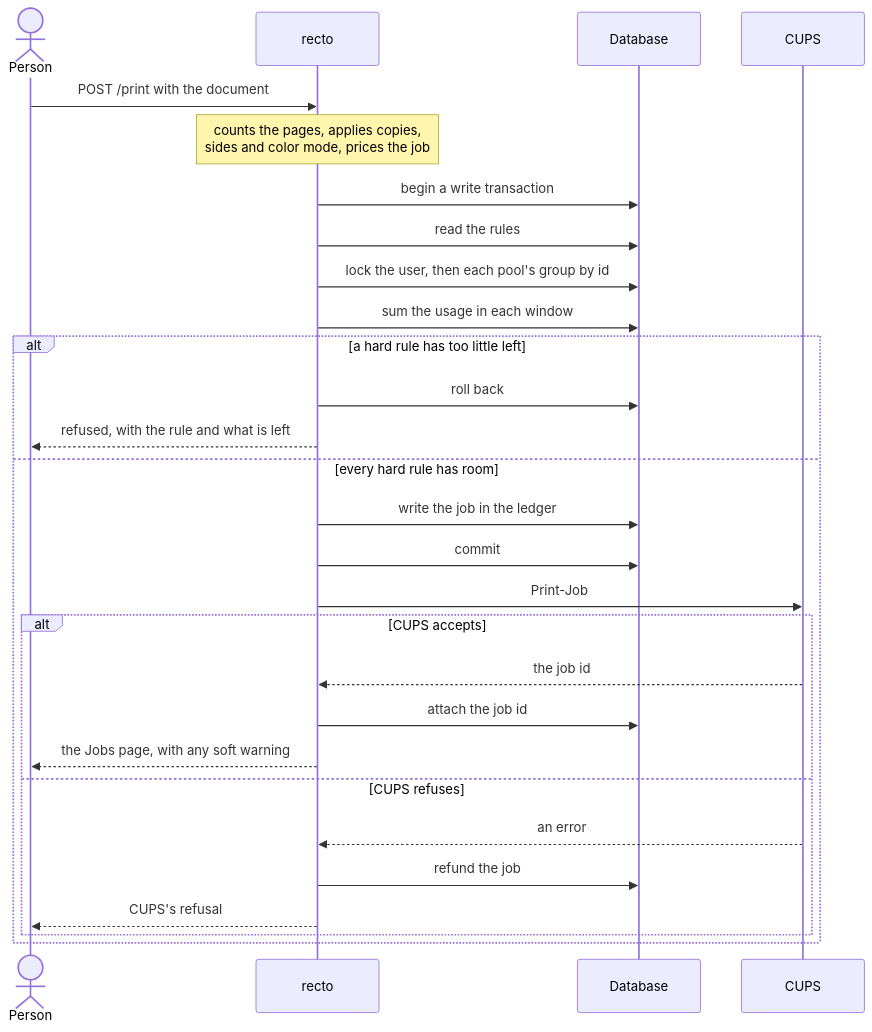
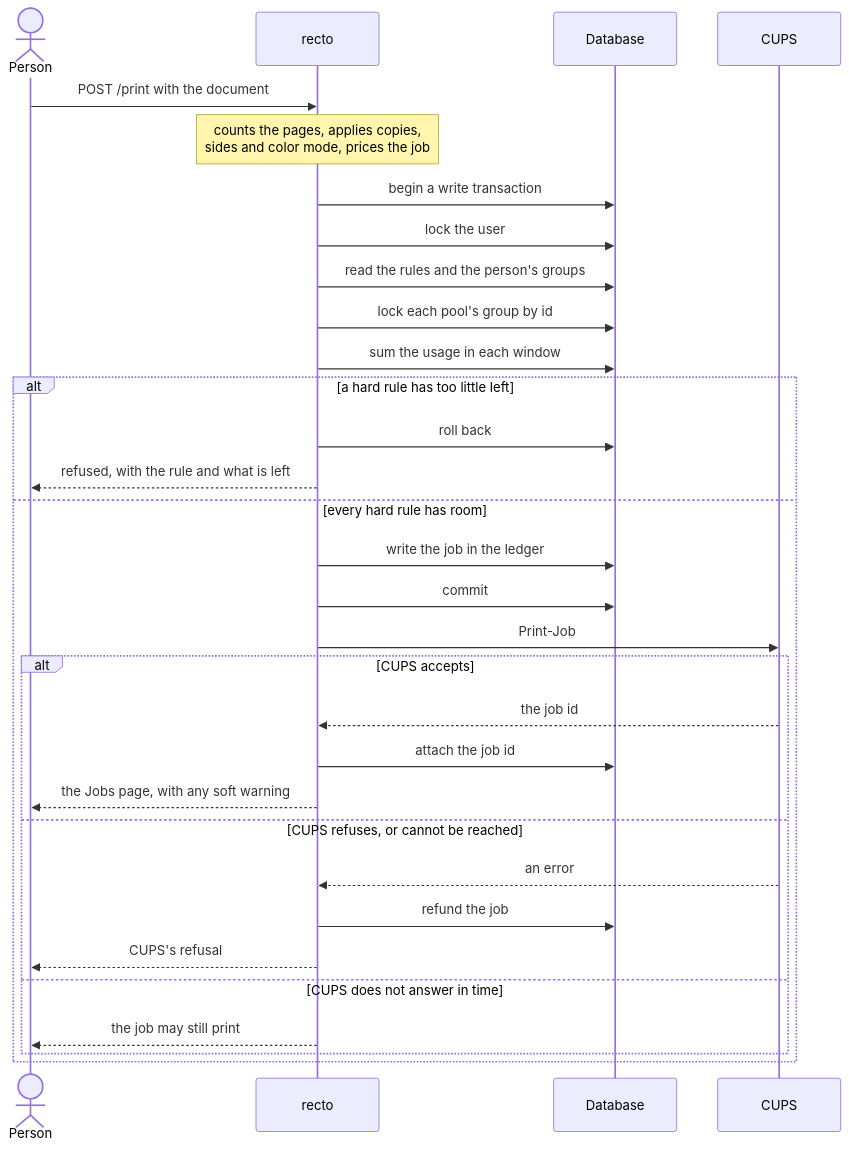
Before and after one commit to AlixANNERAUD/recto: the diagram in docs/src/explanation/quotas.md, drawn with Mermaid. The commit also changed other lines of this file and 3 other files, not shown here.

````diff
--- a/docs/src/explanation/quotas.md
+++ b/docs/src/explanation/quotas.md
@@ -69,30 +69,33 @@
 ```mermaid
 sequenceDiagram
     actor Person
     participant recto
     participant Database
     participant CUPS
     Person->>recto: POST /print with the document
     Note over recto: counts the pages, applies copies,<br/>sides and color mode, prices the job
     recto->>Database: begin a write transaction
-    recto->>Database: read the rules
-    recto->>Database: lock the user, then each pool's group by id
+    recto->>Database: lock the user
+    recto->>Database: read the rules and the person's groups
+    recto->>Database: lock each pool's group by id
     recto->>Database: sum the usage in each window
     alt a hard rule has too little left
         recto->>Database: roll back
         recto-->>Person: refused, with the rule and what is left
     else every hard rule has room
         recto->>Database: write the job in the ledger
         recto->>Database: commit
         recto->>CUPS: Print-Job
         alt CUPS accepts
             CUPS-->>recto: the job id
             recto->>Database: attach the job id
             recto-->>Person: the Jobs page, with any soft warning
-        else CUPS refuses
+        else CUPS refuses, or cannot be reached
             CUPS-->>recto: an error
             recto->>Database: refund the job
             recto-->>Person: CUPS's refusal
+        else CUPS does not answer in time
+            recto-->>Person: the job may still print
         end
     end
 ```
````
